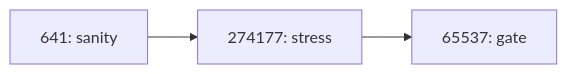
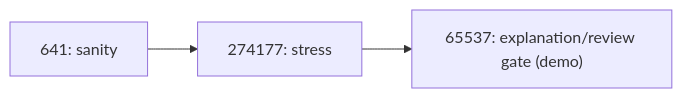
The second of 2 diagrams in imo/README.md (phuctruong/stillwater), drawn with Mermaid before and after one commit. The commit also changed other lines of this file and 56 other files, not shown here.

````diff
--- a/imo/README.md
+++ b/imo/README.md
@@ -26,4 +26,4 @@
 ```mermaid
 flowchart LR
-  R641["641: sanity"] --> R274177["274177: stress"] --> R65537["65537: gate"]
+  R641["641: sanity"] --> R274177["274177: stress"] --> R65537["65537: explanation/review gate (demo)"]
 ```
````
